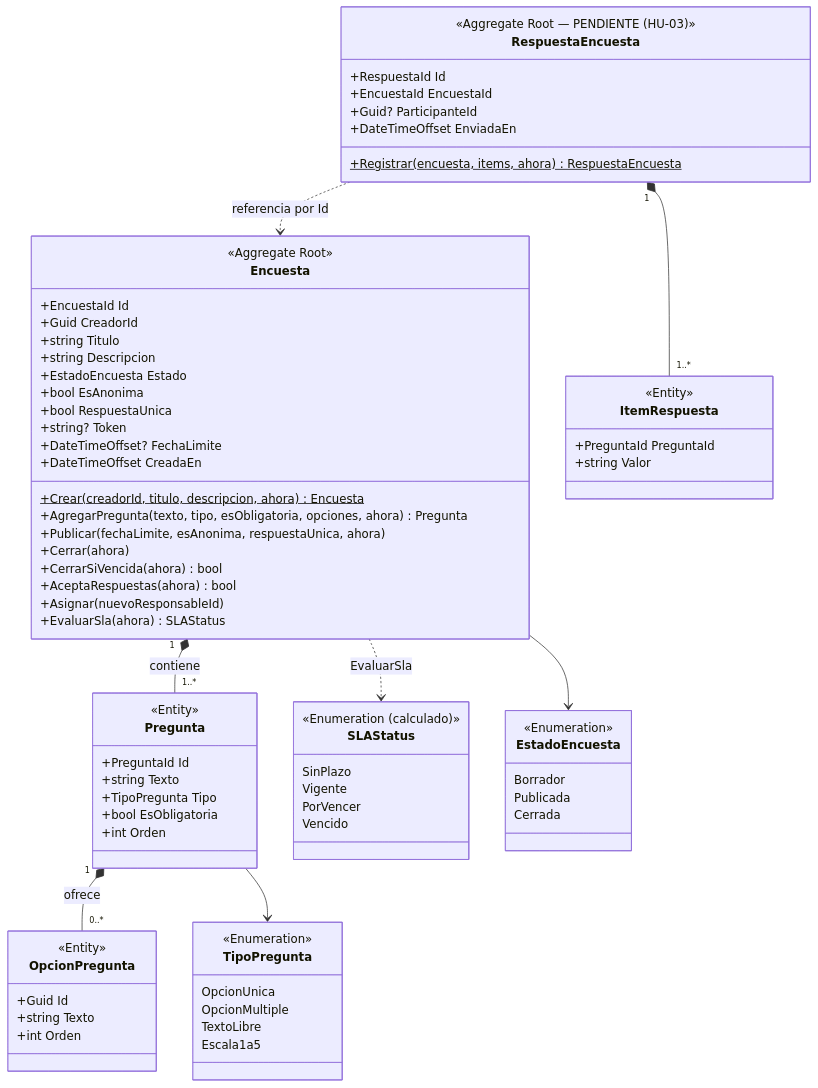
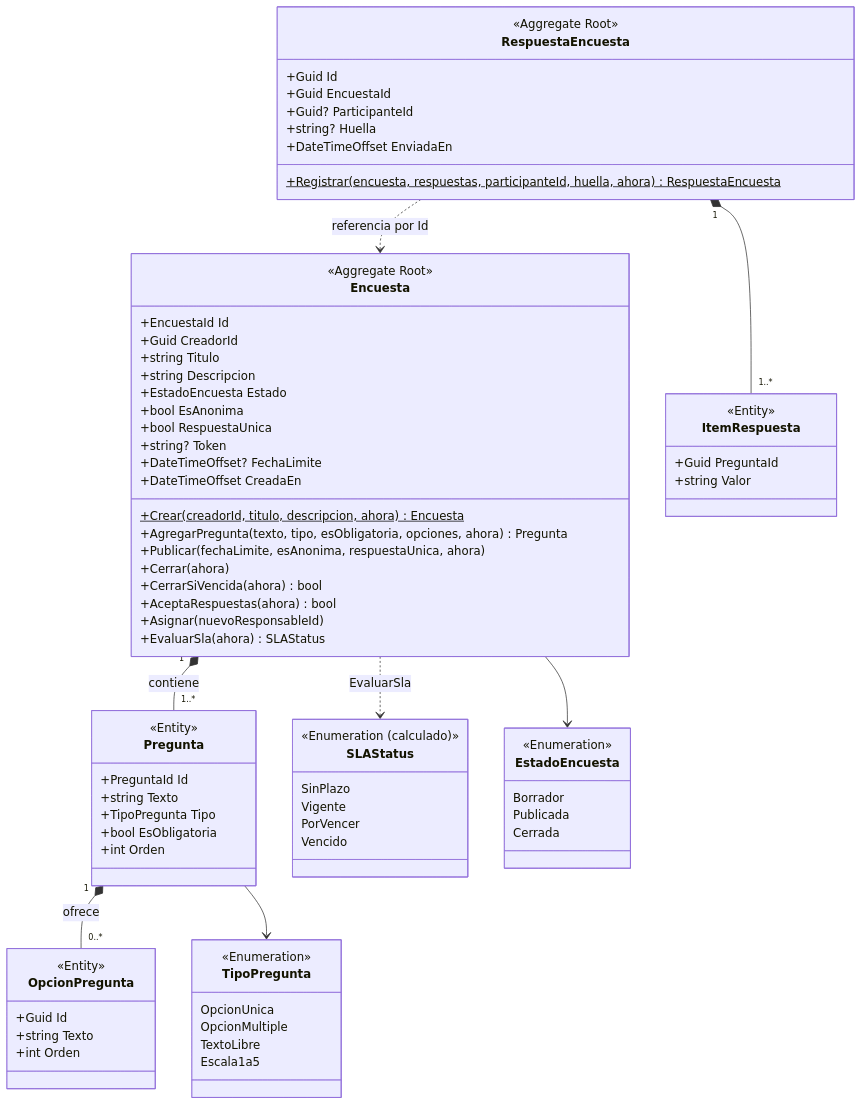
Before and after one commit to jhofran/Encuesta-Project-02: the first of 5 diagrams in docs/architecture/domain-model.md, drawn with Mermaid. The commit also changed other lines of this file and 46 other files, not shown here.

````diff
--- a/docs/architecture/domain-model.md
+++ b/docs/architecture/domain-model.md
@@ -42,79 +44,80 @@
 ```mermaid
 classDiagram
     class Encuesta {
         <<Aggregate Root>>
         +EncuestaId Id
         +Guid CreadorId
         +string Titulo
         +string Descripcion
         +EstadoEncuesta Estado
         +bool EsAnonima
         +bool RespuestaUnica
         +string? Token
         +DateTimeOffset? FechaLimite
         +DateTimeOffset CreadaEn
         +Crear(creadorId, titulo, descripcion, ahora)$ Encuesta
         +AgregarPregunta(texto, tipo, esObligatoria, opciones, ahora) Pregunta
         +Publicar(fechaLimite, esAnonima, respuestaUnica, ahora)
         +Cerrar(ahora)
         +CerrarSiVencida(ahora) bool
         +AceptaRespuestas(ahora) bool
         +Asignar(nuevoResponsableId)
         +EvaluarSla(ahora) SLAStatus
     }
     class Pregunta {
         <<Entity>>
         +PreguntaId Id
         +string Texto
         +TipoPregunta Tipo
         +bool EsObligatoria
         +int Orden
     }
     class OpcionPregunta {
         <<Entity>>
         +Guid Id
         +string Texto
         +int Orden
     }
     class SLAStatus {
         <<Enumeration (calculado)>>
         SinPlazo
         Vigente
         PorVencer
         Vencido
     }
     class EstadoEncuesta {
         <<Enumeration>>
         Borrador
         Publicada
         Cerrada
     }
     class TipoPregunta {
         <<Enumeration>>
         OpcionUnica
         OpcionMultiple
         TextoLibre
         Escala1a5
     }
     class RespuestaEncuesta {
-        <<Aggregate Root — PENDIENTE (HU-03)>>
-        +RespuestaId Id
-        +EncuestaId EncuestaId
+        <<Aggregate Root>>
+        +Guid Id
+        +Guid EncuestaId
         +Guid? ParticipanteId
+        +string? Huella
         +DateTimeOffset EnviadaEn
-        +Registrar(encuesta, items, ahora)$ RespuestaEncuesta
+        +Registrar(encuesta, respuestas, participanteId, huella, ahora)$ RespuestaEncuesta
     }
     class ItemRespuesta {
         <<Entity>>
-        +PreguntaId PreguntaId
+        +Guid PreguntaId
         +string Valor
     }
 
     Encuesta "1" *-- "1..*" Pregunta : contiene
     Pregunta "1" *-- "0..*" OpcionPregunta : ofrece
     Encuesta --> EstadoEncuesta
     Pregunta --> TipoPregunta
     Encuesta ..> SLAStatus : EvaluarSla
     RespuestaEncuesta "1" *-- "1..*" ItemRespuesta
     RespuestaEncuesta ..> Encuesta : referencia por Id
 ```
````
